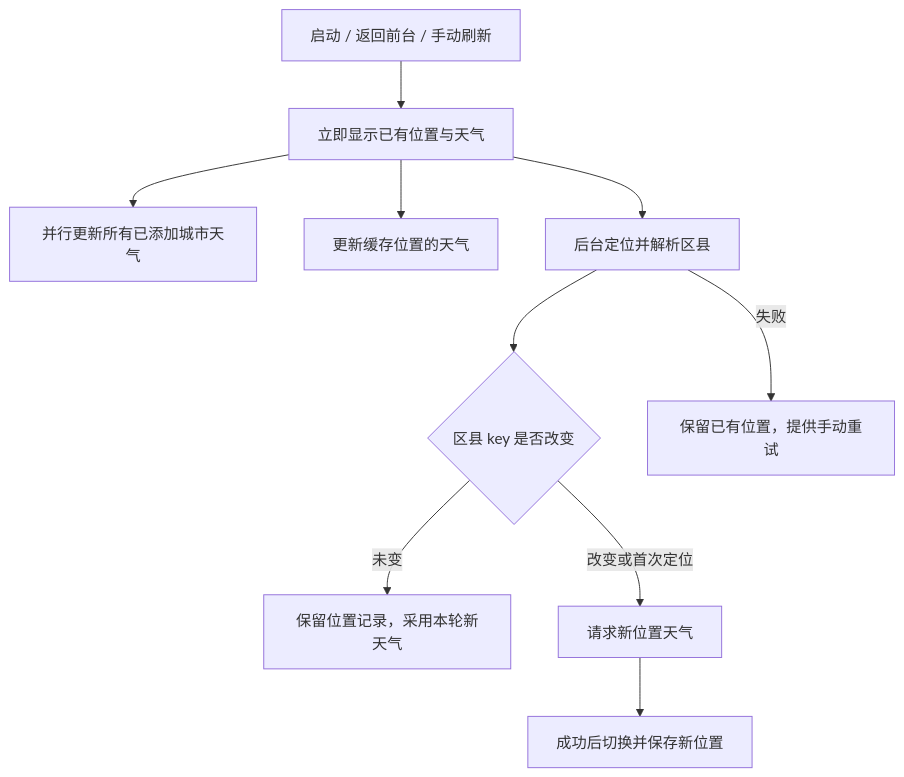
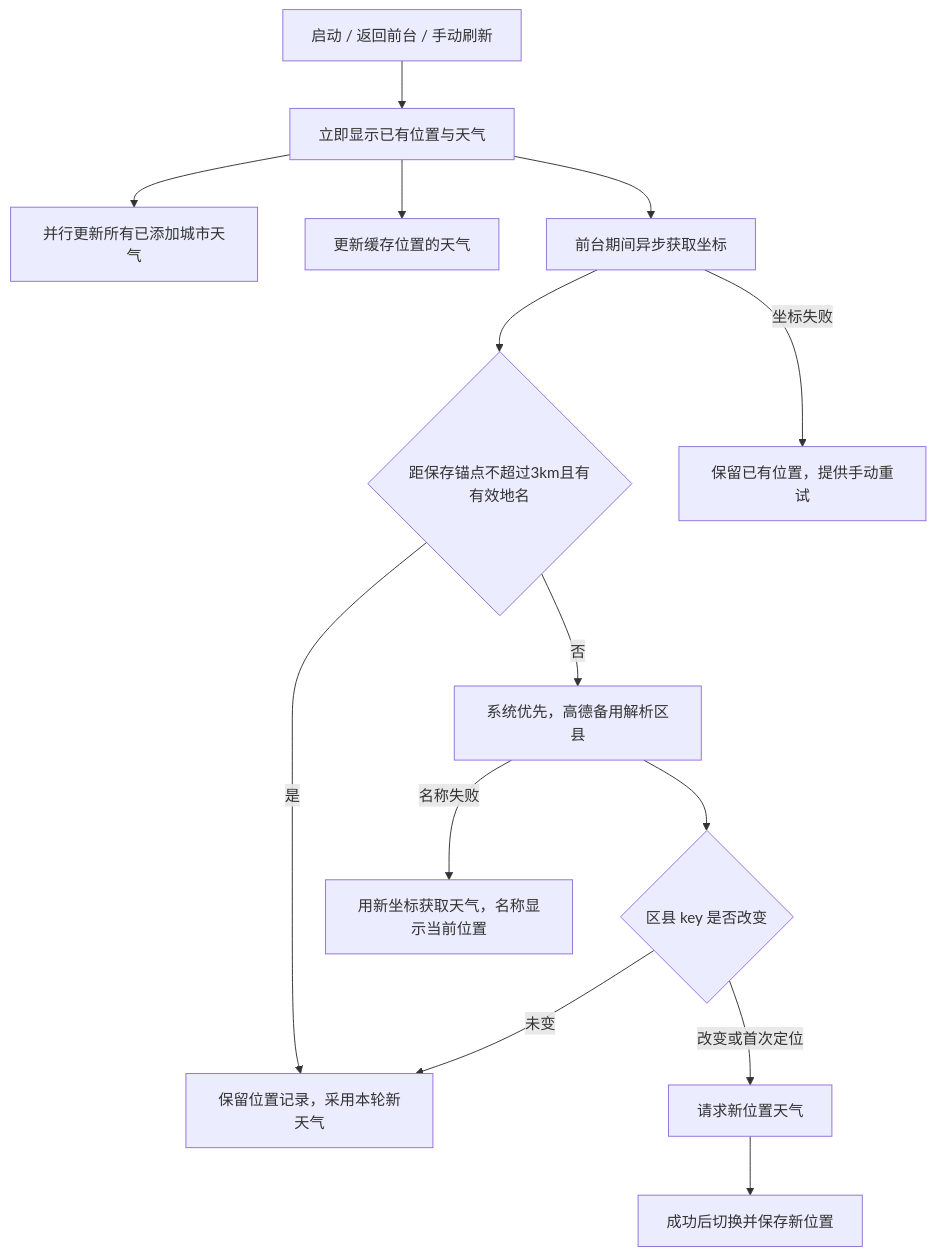
One commit to liu-gongjie/TravelWeather changed the second of 2 diagrams in docs/DESIGN.md. Above: the diagram before and after it, drawn with Mermaid. The commit also changed other lines of this file and 3 other files, not shown here.

````diff
--- a/docs/DESIGN.md
+++ b/docs/DESIGN.md
@@ -130,12 +132,16 @@
 ```mermaid
 flowchart TD
     A[启动 / 返回前台 / 手动刷新] --> B[立即显示已有位置与天气]
     B --> C[并行更新所有已添加城市天气]
     B --> D[更新缓存位置的天气]
-    B --> E[后台定位并解析区县]
-    E --> F{区县 key 是否改变}
+    B --> E[前台期间异步获取坐标]
+    E --> R{距保存锚点不超过3km且有有效地名}
+    R -->|是| G[保留位置记录，采用本轮新天气]
+    R -->|否| S[系统优先，高德备用解析区县]
+    S --> F{区县 key 是否改变}
     F -->|未变| G[保留位置记录，采用本轮新天气]
     F -->|改变或首次定位| H[请求新位置天气]
     H --> I[成功后切换并保存新位置]
-    E -->|失败| J[保留已有位置，提供手动重试]
+    E -->|坐标失败| J[保留已有位置，提供手动重试]
+    S -->|名称失败| T[用新坐标获取天气，名称显示当前位置]
 ```
````
